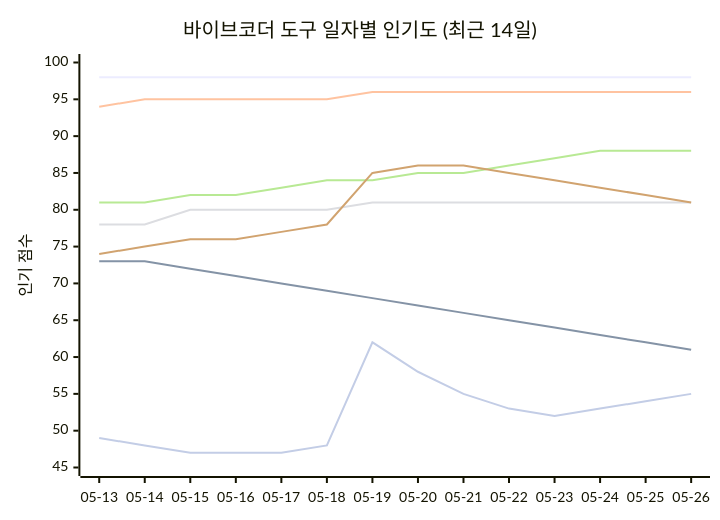
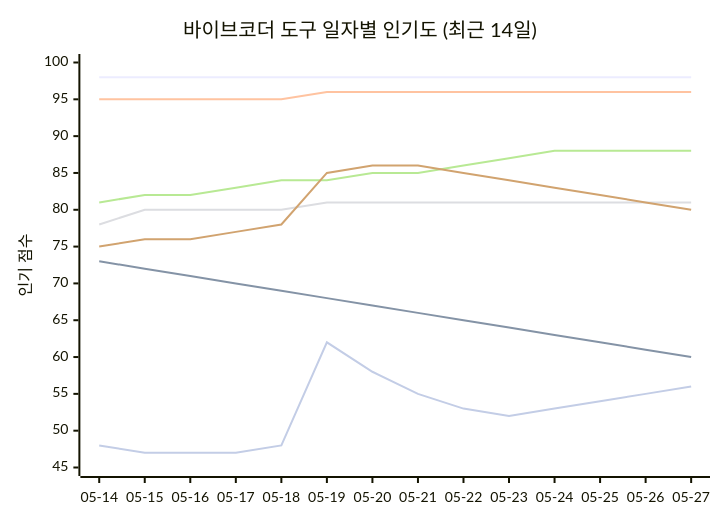
One commit to tykimos/ai-whatchelin changed the seventh of 11 diagrams in README_ko.md. Above: the diagram before and after it, drawn with Mermaid. The commit also changed other lines of this file and 4 other files, not shown here.

````diff
--- a/README_ko.md
+++ b/README_ko.md
@@ -1037,13 +1051,13 @@
 ```mermaid
 xychart-beta
     title "바이브코더 도구 일자별 인기도 (최근 14일)"
-    x-axis ["05-13", "05-14", "05-15", "05-16", "05-17", "05-18", "05-19", "05-20", "05-21", "05-22", "05-23", "05-24", "05-25", "05-26"]
+    x-axis ["05-14", "05-15", "05-16", "05-17", "05-18", "05-19", "05-20", "05-21", "05-22", "05-23", "05-24", "05-25", "05-26", "05-27"]
     y-axis "인기 점수" 45 --> 100
     line "Claude Code" [98, 98, 98, 98, 98, 98, 98, 98, 98, 98, 98, 98, 98, 98]
-    line "GH Copilot" [73, 73, 72, 71, 70, 69, 68, 67, 66, 65, 64, 63, 62, 61]
-    line "Cursor" [94, 95, 95, 95, 95, 95, 96, 96, 96, 96, 96, 96, 96, 96]
-    line "Windsurf" [78, 78, 80, 80, 80, 80, 81, 81, 81, 81, 81, 81, 81, 81]
-    line "Codex CLI" [81, 81, 82, 82, 83, 84, 84, 85, 85, 86, 87, 88, 88, 88]
-    line "Gemini CLI" [74, 75, 76, 76, 77, 78, 85, 86, 86, 85, 84, 83, 82, 81]
-    line "Antigravity" [49, 48, 47, 47, 47, 48, 62, 58, 55, 53, 52, 53, 54, 55]
+    line "GH Copilot" [73, 72, 71, 70, 69, 68, 67, 66, 65, 64, 63, 62, 61, 60]
+    line "Cursor" [95, 95, 95, 95, 95, 96, 96, 96, 96, 96, 96, 96, 96, 96]
+    line "Windsurf" [78, 80, 80, 80, 80, 81, 81, 81, 81, 81, 81, 81, 81, 81]
+    line "Codex CLI" [81, 82, 82, 83, 84, 84, 85, 85, 86, 87, 88, 88, 88, 88]
+    line "Gemini CLI" [75, 76, 76, 77, 78, 85, 86, 86, 85, 84, 83, 82, 81, 80]
+    line "Antigravity" [48, 47, 47, 47, 48, 62, 58, 55, 53, 52, 53, 54, 55, 56]
 ```
````
